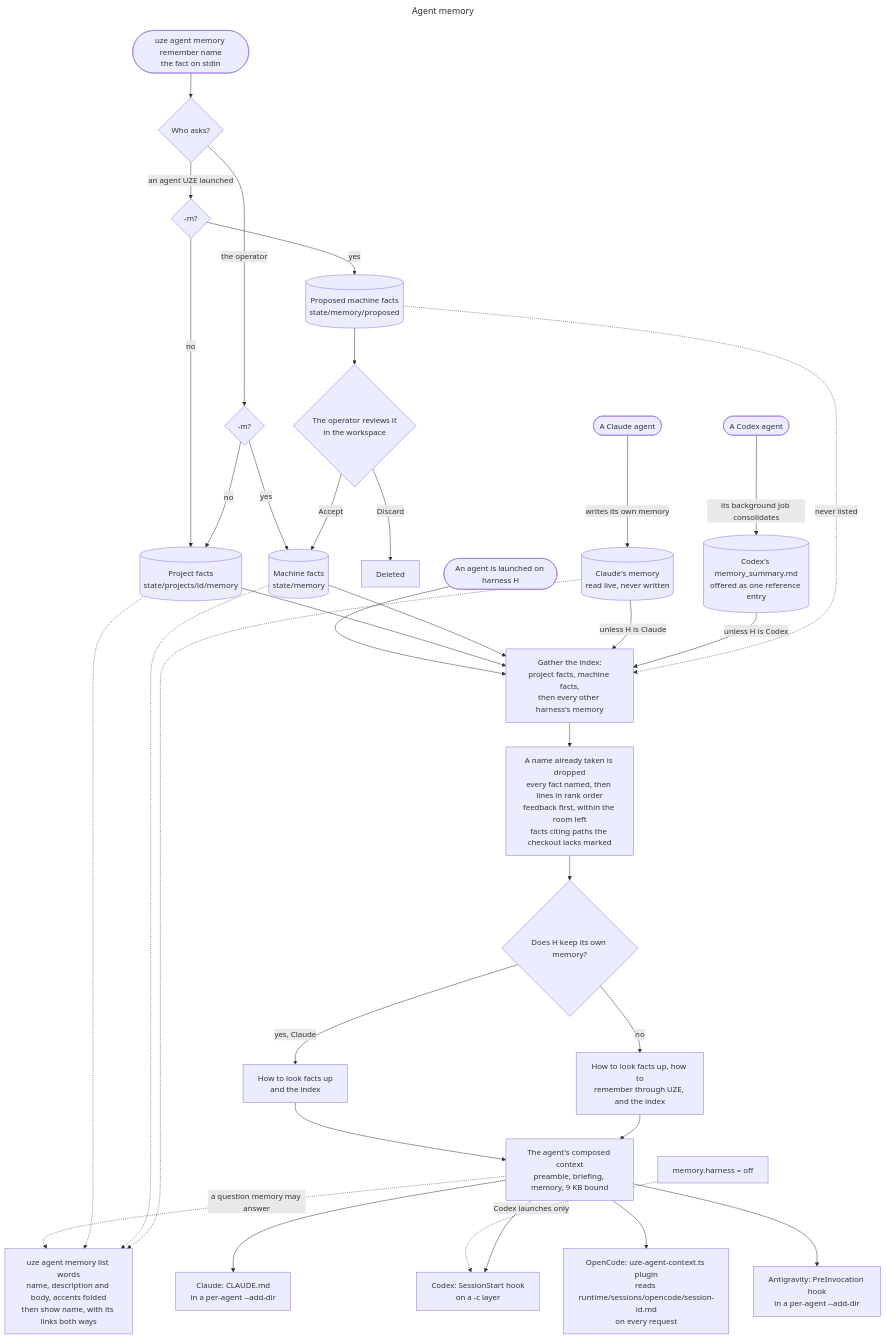
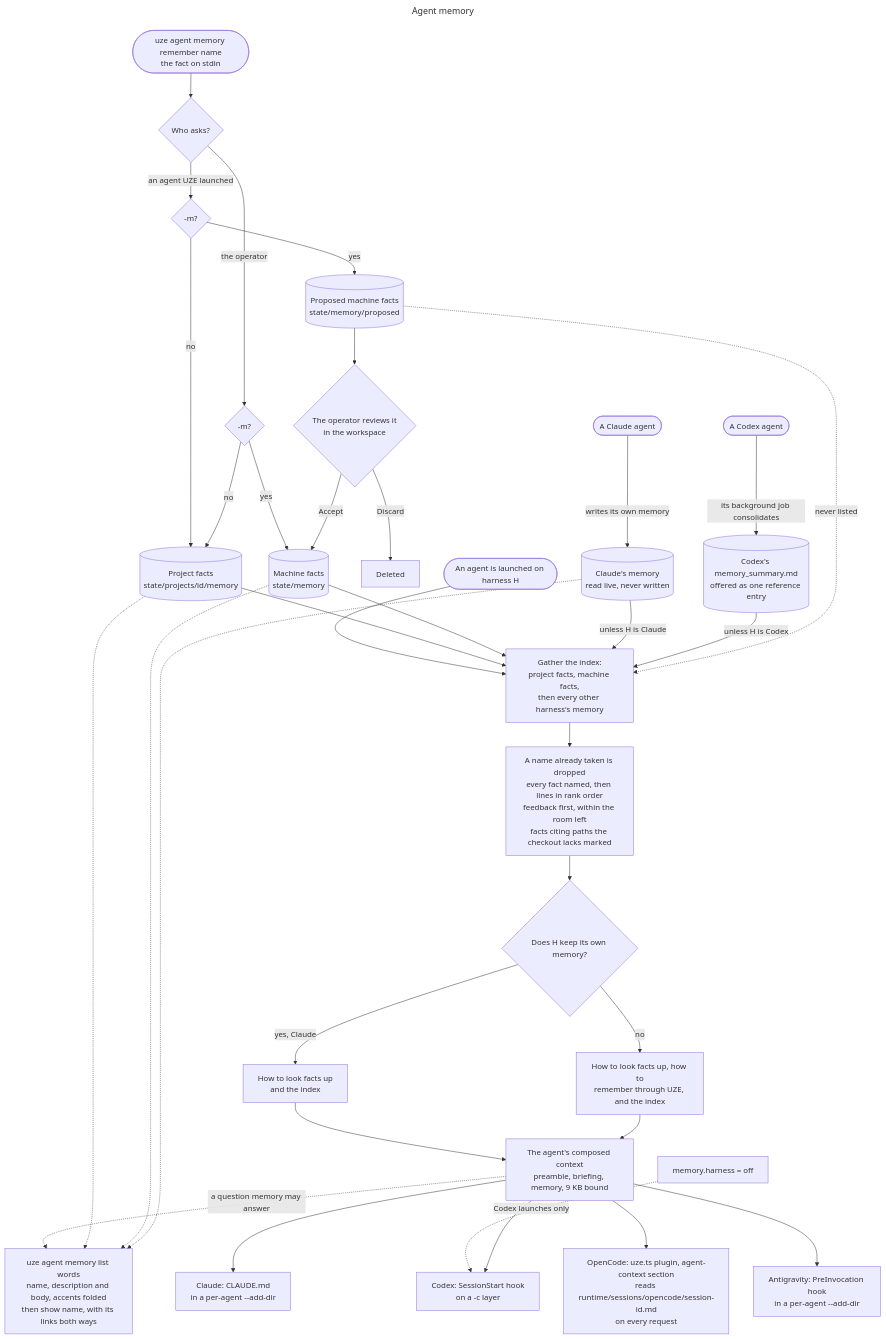
The diagram in docs/architecture/agent-memory.mmd (uze-sh/uze), drawn with Mermaid before and after one commit. The commit also changed 50 other files, not shown here.

First line of the commit message:
feat(opencode)!: replace per-capability plugins with one uze.ts plugin (#301)

```diff
--- a/docs/architecture/agent-memory.mmd
+++ b/docs/architecture/agent-memory.mmd
@@ -1,54 +1,54 @@
 ---
 title: Agent memory
 ---
 flowchart TD
   click remember href "crates/uze-application/src/application/memory.rs"
   click projectFacts href "crates/uze-core/src/project/memory.rs"
   click proposals href "crates/uze-core/src/project/memory.rs"
   click review href "src/ui/orchestrator/proposal.rs"
   click claudeMemory href "crates/uze-integrations/src/claude/memory.rs"
   click codexSummary href "crates/uze-integrations/src/codex.rs"
   click gather href "crates/uze-application/src/application/memory.rs"
   click rank href "crates/uze-core/src/project/memory.rs"
   click compose href "crates/uze-workspace/src/agent_context.rs"
   click lookup href "crates/uze-application/src/application/memory/find.rs"
   click memoryOff href "src/shim.rs"
   click viaClaude href "crates/uze-integrations/src/claude.rs"
   click viaCodex href "crates/uze-integrations/src/codex.rs"
   click viaOpencode href "crates/uze-integrations/src/opencode.rs"
   click viaAntigravity href "crates/uze-integrations/src/antigravity.rs"
 
   remember([uze agent memory remember name<br/>the fact on stdin]) --> caller{Who asks?}
   caller -->|an agent UZE launched| agentScope{-m?}
   caller -->|the operator| operatorScope{-m?}
   agentScope -->|no| projectFacts[(Project facts<br/>state/projects/id/memory)]
   agentScope -->|yes| proposals[(Proposed machine facts<br/>state/memory/proposed)]
   operatorScope -->|no| projectFacts
   operatorScope -->|yes| machineFacts[(Machine facts<br/>state/memory)]
   proposals --> review{The operator reviews it<br/>in the workspace}
   review -->|Accept| machineFacts
   review -->|Discard| discarded[Deleted]
   claudeAgent([A Claude agent]) -->|writes its own memory| claudeMemory[(Claude's memory<br/>read live, never written)]
   codexAgent([A Codex agent]) -->|its background job consolidates| codexSummary[(Codex's memory_summary.md<br/>offered as one reference entry)]
 
   launch([An agent is launched on harness H]) --> gather[Gather the index:<br/>project facts, machine facts,<br/>then every other harness's memory]
   projectFacts --> gather
   machineFacts --> gather
   claudeMemory -->|unless H is Claude| gather
   codexSummary -->|unless H is Codex| gather
   proposals -.->|never listed| gather
   gather --> rank[A name already taken is dropped<br/>every fact named, then lines in rank order<br/>feedback first, within the room left<br/>facts citing paths the checkout lacks marked]
   rank --> writesOwn{Does H keep its own memory?}
   writesOwn -->|yes, Claude| indexOnly[How to look facts up<br/>and the index]
   writesOwn -->|no| indexAndHow[How to look facts up, how to<br/>remember through UZE, and the index]
   indexOnly --> compose[The agent's composed context<br/>preamble, briefing, memory, 9 KB bound]
   indexAndHow --> compose
   compose -.->|a question memory may answer| lookup[uze agent memory list words<br/>name, description and body, accents folded<br/>then show name, with its links both ways]
   projectFacts -.-> lookup
   machineFacts -.-> lookup
   claudeMemory -.-> lookup
   memoryOff[memory.harness = off] -.->|Codex launches only| viaCodex
   compose --> viaClaude[Claude: CLAUDE.md<br/>in a per-agent --add-dir]
   compose --> viaCodex[Codex: SessionStart hook<br/>on a -c layer]
-  compose --> viaOpencode[OpenCode: uze-agent-context.ts plugin<br/>reads runtime/sessions/opencode/session-id.md<br/>on every request]
+  compose --> viaOpencode[OpenCode: uze.ts plugin, agent-context section<br/>reads runtime/sessions/opencode/session-id.md<br/>on every request]
   compose --> viaAntigravity[Antigravity: PreInvocation hook<br/>in a per-agent --add-dir]
```
